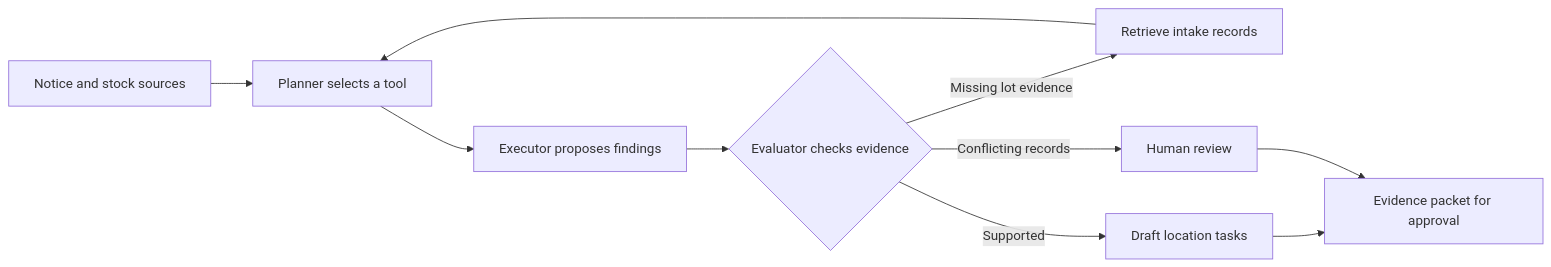
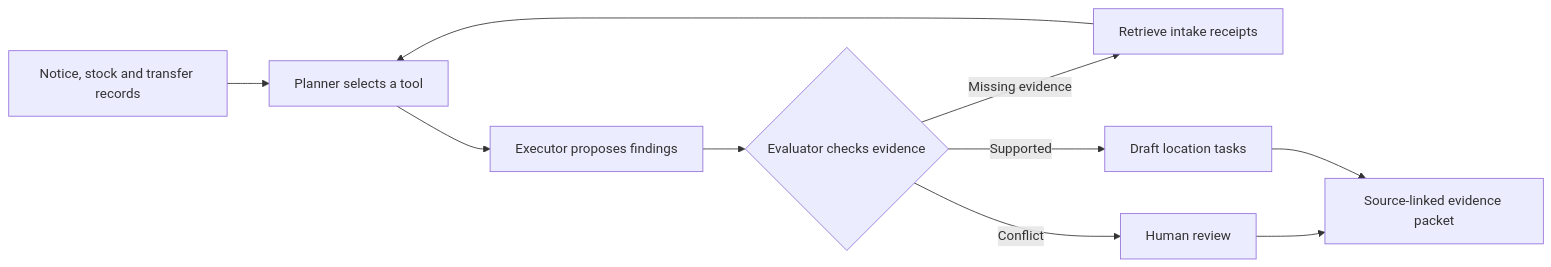
The diagram in README.md (Pradhyut21/pantrytrace), drawn with Mermaid before and after one commit. The commit also changed other lines of this file and 16 other files, not shown here.

````diff
--- a/README.md
+++ b/README.md
@@ -42,12 +29,12 @@
 ```mermaid
 flowchart LR
-    A[Notice and stock sources] --> B[Planner selects a tool]
-    B --> C[Executor proposes findings]
-    C --> D{Evaluator checks evidence}
-    D -->|Missing lot evidence| E[Retrieve intake records]
-    E --> B
-    D -->|Conflicting records| F[Human review]
-    D -->|Supported| G[Draft location tasks]
-    G --> H[Evidence packet for approval]
-    F --> H
+    S[Notice, stock and transfer records] --> P[Planner selects a tool]
+    P --> X[Executor proposes findings]
+    X --> E{Evaluator checks evidence}
+    E -->|Missing evidence| R[Retrieve intake receipts]
+    R --> P
+    E -->|Conflict| H[Human review]
+    E -->|Supported| D[Draft location tasks]
+    H --> O[Source-linked evidence packet]
+    D --> O
 ```
````
